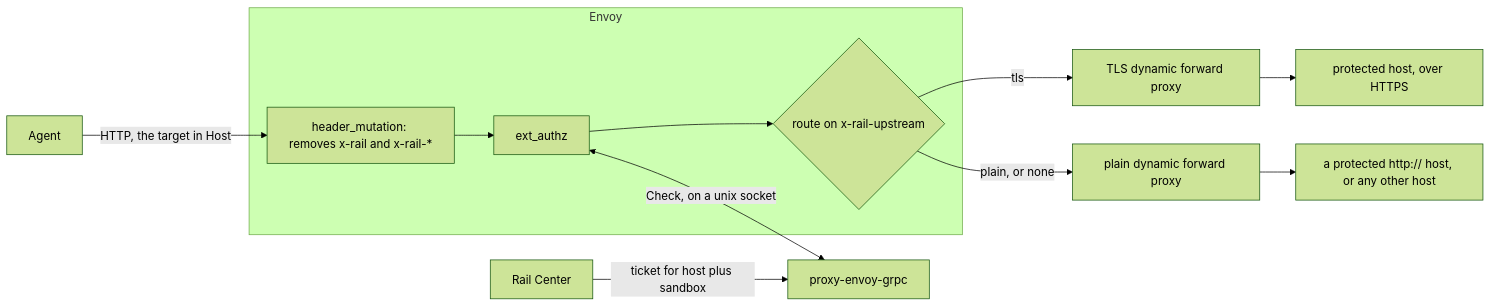
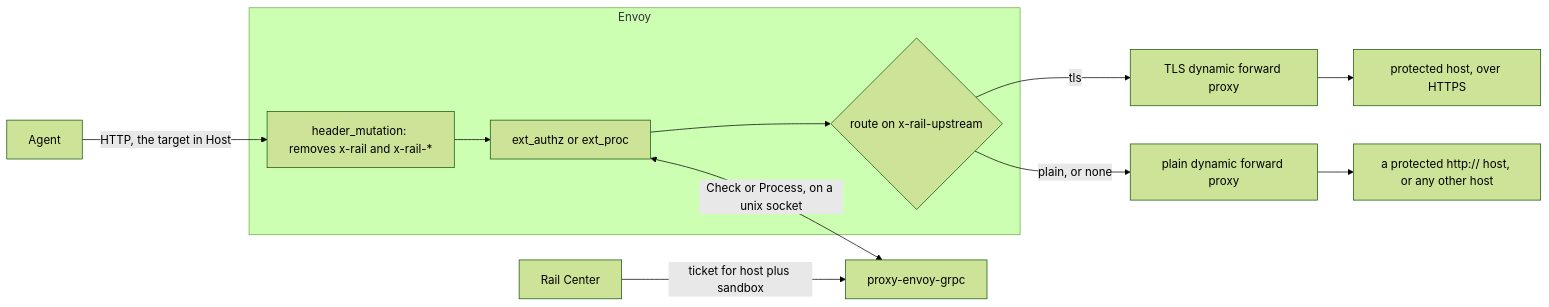
Before and after one commit to datrail/proxy: the first of 2 diagrams in proxy-envoy-grpc/README.md, drawn with Mermaid (forest theme). The commit also changed other lines of this file and 27 other files, not shown here.

First line of the commit message:
DR-173: The Envoy extension can refuse a request on its body, over ext_authz or ext_proc (#29)

````diff
--- a/proxy-envoy-grpc/README.md
+++ b/proxy-envoy-grpc/README.md
@@ -9,14 +10,14 @@
 ```mermaid
 flowchart LR
   agent["Agent"] -->|"HTTP, the target in Host"| strip
   subgraph envoy["Envoy"]
-    strip["header_mutation: removes x-rail and x-rail-*"] --> authz["ext_authz"]
+    strip["header_mutation: removes x-rail and x-rail-*"] --> authz["ext_authz or ext_proc"]
     authz --> route{"route on x-rail-upstream"}
   end
-  authz <-->|"Check, on a unix socket"| ext["proxy-envoy-grpc"]
+  authz <-->|"Check or Process, on a unix socket"| ext["proxy-envoy-grpc"]
   center["Rail Center"] -->|"ticket for host plus sandbox"| ext
   route -->|"tls"| tls["TLS dynamic forward proxy"]
   route -->|"plain, or none"| plain["plain dynamic forward proxy"]
   tls --> protected["protected host, over HTTPS"]
   plain --> other["a protected http:// host, or any other host"]
 ```
````
